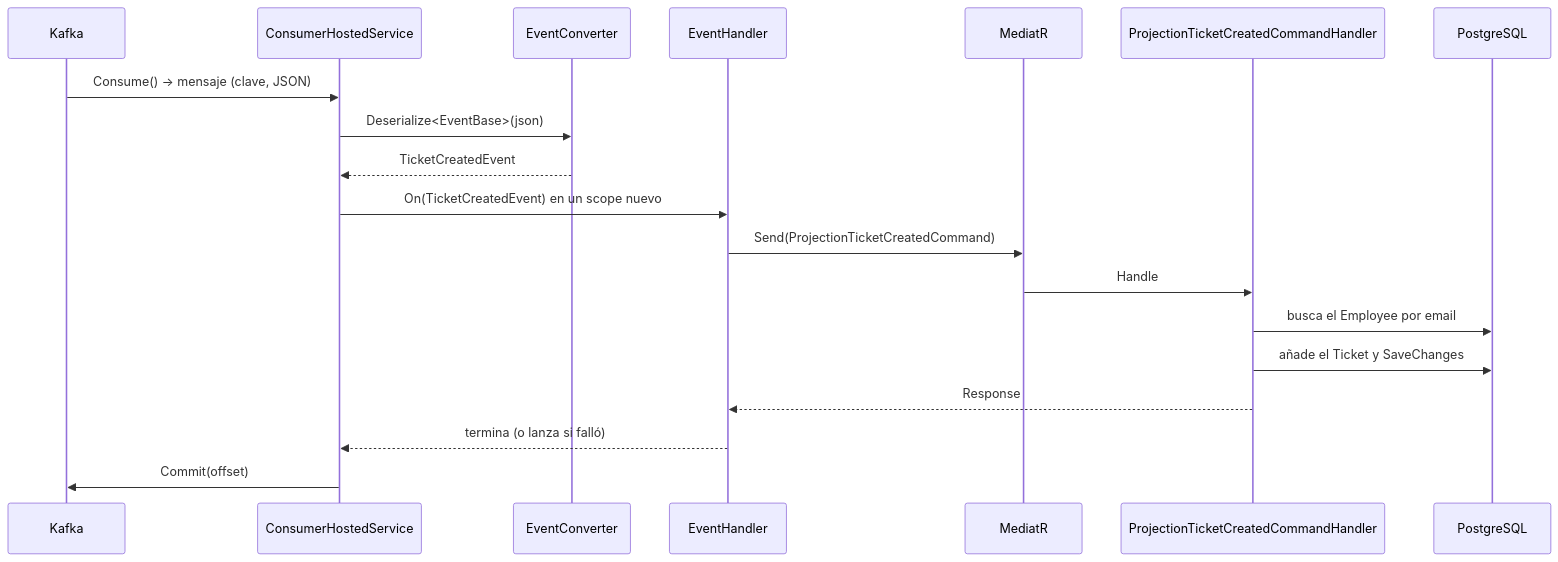
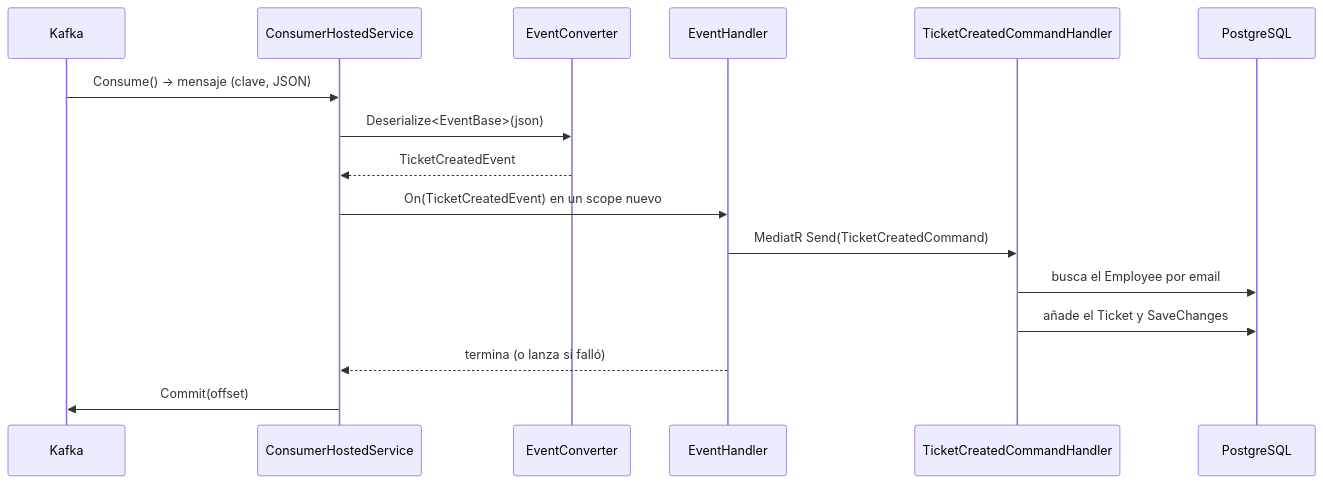
Before and after one commit to rubendevvalencia/BackendPortfolio: the second of 2 diagrams in Microservices-Events/docs/query/consumidor-kafka.md, drawn with Mermaid. The commit also changed other lines of this file and 11 other files, not shown here.

````diff
--- a/Microservices-Events/docs/query/consumidor-kafka.md
+++ b/Microservices-Events/docs/query/consumidor-kafka.md
@@ -52,22 +38,19 @@
 ```mermaid
 sequenceDiagram
     participant K as Kafka
     participant C as ConsumerHostedService
     participant EC as EventConverter
     participant EH as EventHandler
-    participant M as MediatR
-    participant H as ProjectionTicketCreatedCommandHandler
+    participant H as TicketCreatedCommandHandler
     participant DB as PostgreSQL
 
     K->>C: Consume() → mensaje (clave, JSON)
     C->>EC: Deserialize<EventBase>(json)
     EC-->>C: TicketCreatedEvent
     C->>EH: On(TicketCreatedEvent) en un scope nuevo
-    EH->>M: Send(ProjectionTicketCreatedCommand)
-    M->>H: Handle
+    EH->>H: MediatR Send(TicketCreatedCommand)
     H->>DB: busca el Employee por email
     H->>DB: añade el Ticket y SaveChanges
-    H-->>EH: Response
     EH-->>C: termina (o lanza si falló)
     C->>K: Commit(offset)
 ```
````
